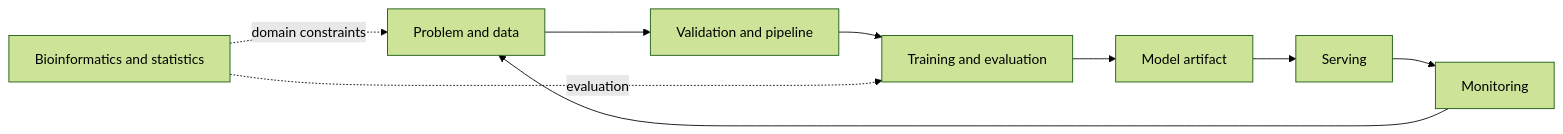
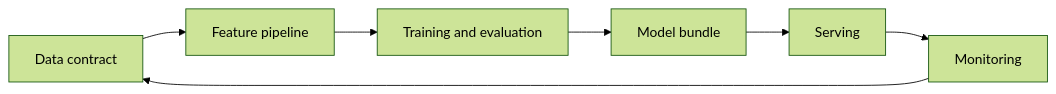
Before and after one commit to e4m-hash/e4m-hash: the diagram in docs/notes/index.md, drawn with Mermaid (forest theme). The commit also changed other lines of this file and 43 other files, not shown here.

````diff
--- a/docs/notes/index.md
+++ b/docs/notes/index.md
@@ -7,11 +6,9 @@
 ```mermaid
 flowchart LR
-  A[Problem and data] --> B[Validation and pipeline]
+  A[Data contract] --> B[Feature pipeline]
   B --> C[Training and evaluation]
-  C --> D[Model artifact]
+  C --> D[Model bundle]
   D --> E[Serving]
   E --> F[Monitoring]
   F --> A
-  G[Bioinformatics and statistics] -.domain constraints.-> A
-  G -.evaluation.-> C
 ```
````
